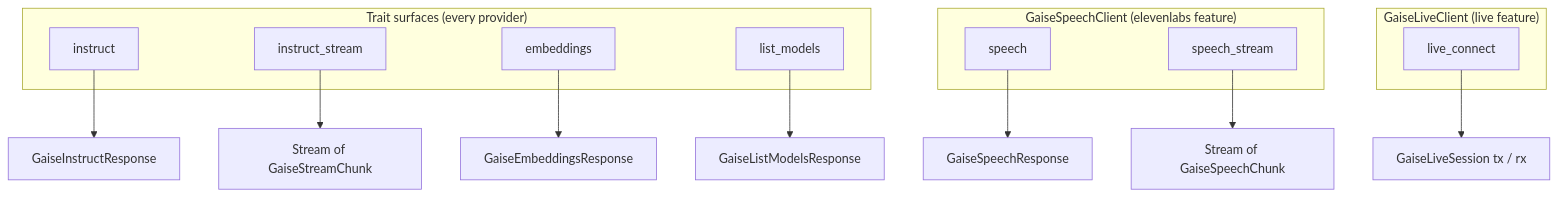
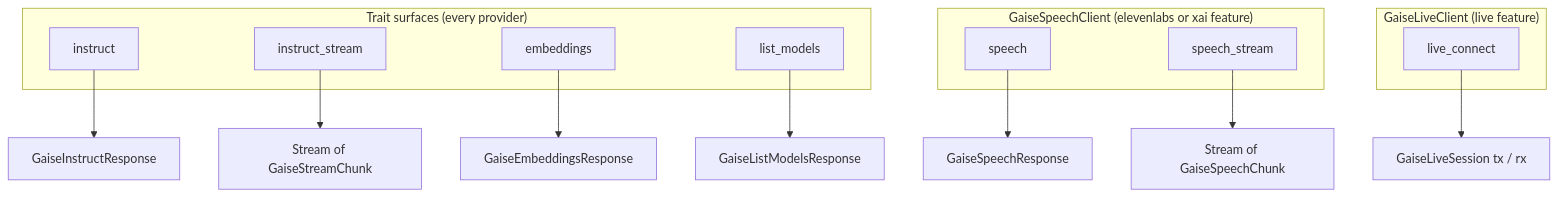
The second of 2 diagrams in wiki/README.md (ikcore/gaise), drawn with Mermaid before and after one commit. The commit also changed other lines of this file and 44 other files, not shown here.

````diff
--- a/wiki/README.md
+++ b/wiki/README.md
@@ -67,23 +69,23 @@
 ```mermaid
 flowchart TD
     subgraph Surfaces["Trait surfaces (every provider)"]
         I[instruct]
         S[instruct_stream]
         E[embeddings]
         M[list_models]
     end
-    subgraph Speech["GaiseSpeechClient (elevenlabs feature)"]
+    subgraph Speech["GaiseSpeechClient (elevenlabs or xai feature)"]
         V[speech]
         VS[speech_stream]
     end
     subgraph Live["GaiseLiveClient (live feature)"]
         L[live_connect]
     end
     I --> R1["GaiseInstructResponse"]
     S --> R2["Stream of GaiseStreamChunk"]
     E --> R3["GaiseEmbeddingsResponse"]
     M --> R4["GaiseListModelsResponse"]
     L --> R5["GaiseLiveSession tx / rx"]
     V --> R6["GaiseSpeechResponse"]
     VS --> R7["Stream of GaiseSpeechChunk"]
 ```
````
